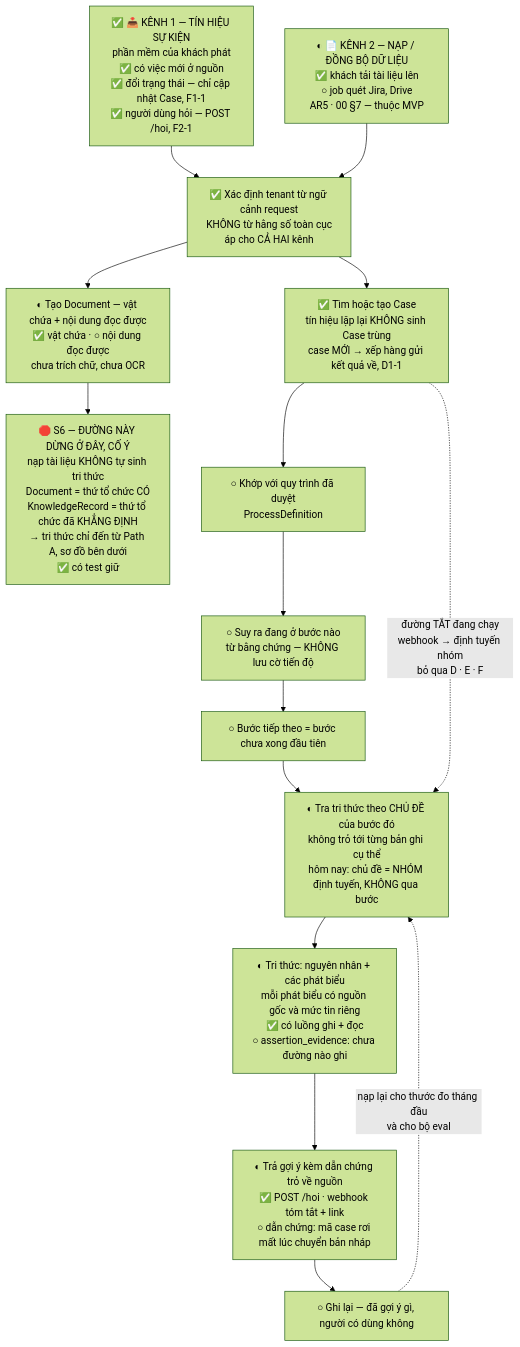
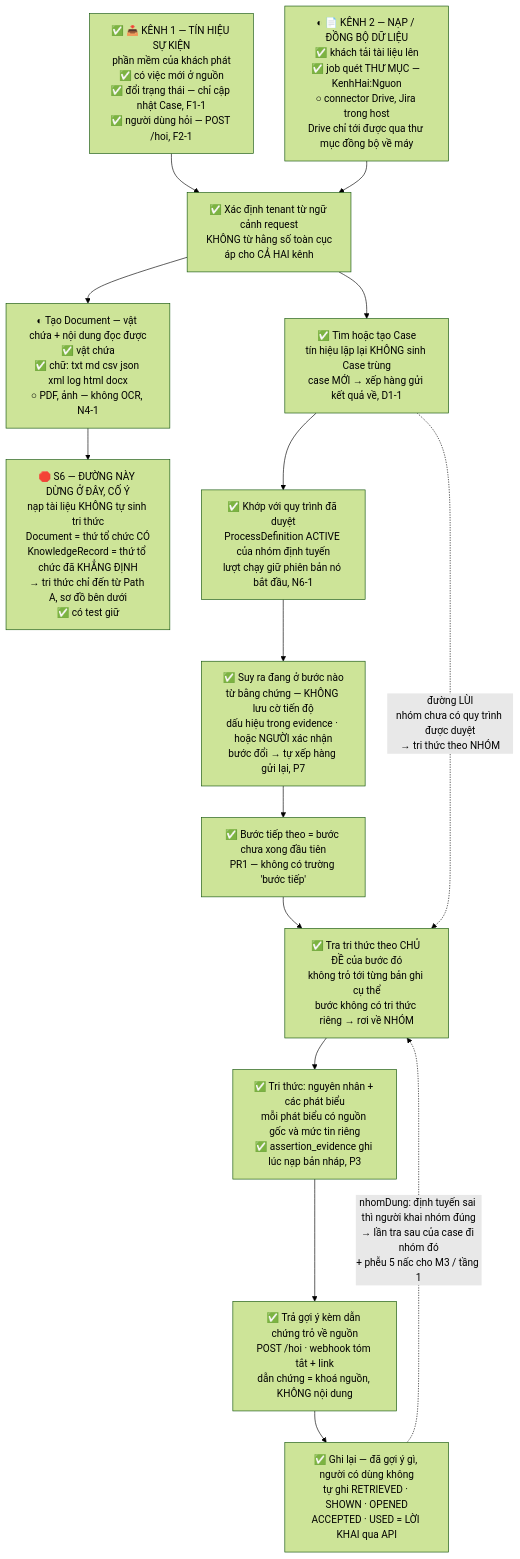
The first of 5 diagrams in README.md (pvanh2706/ai-operational-platform), drawn with Mermaid (forest theme) before and after one commit. The commit also changed other lines of this file and 7 other files, not shown here.

First line of the commit message:
P10: tài liệu khớp code — sơ đồ luồng D→J thành ✅, docs/08 vẽ lại, hợp đồng tích hợp thêm ô mới

````diff
--- a/README.md
+++ b/README.md
@@ -300,23 +321,23 @@
 ```mermaid
 flowchart TD
     A["✅ 📥 KÊNH 1 — TÍN HIỆU SỰ KIỆN<br/>phần mềm của khách phát<br/>✅ có việc mới ở nguồn<br/>✅ đổi trạng thái — chỉ cập nhật Case, F1-1<br/>✅ người dùng hỏi — POST /hoi, F2-1"]
-    A2["◐ 📄 KÊNH 2 — NẠP / ĐỒNG BỘ DỮ LIỆU<br/>✅ khách tải tài liệu lên<br/>○ job quét Jira, Drive<br/>AR5 · 00 §7 — thuộc MVP"]
+    A2["◐ 📄 KÊNH 2 — NẠP / ĐỒNG BỘ DỮ LIỆU<br/>✅ khách tải tài liệu lên<br/>✅ job quét THƯ MỤC — KenhHai:Nguon<br/>○ connector Drive, Jira trong host<br/>Drive chỉ tới được qua thư mục đồng bộ về máy"]
     B["✅ Xác định tenant từ ngữ cảnh request<br/>KHÔNG từ hằng số toàn cục<br/>áp cho CẢ HAI kênh"]
-    K["◐ Tạo Document — vật chứa + nội dung đọc được<br/>✅ vật chứa · ○ nội dung đọc được<br/>chưa trích chữ, chưa OCR"]
+    K["◐ Tạo Document — vật chứa + nội dung đọc được<br/>✅ vật chứa<br/>✅ chữ: txt md csv json xml log html docx<br/>○ PDF, ảnh — không OCR, N4-1"]
     S6["🛑 S6 — ĐƯỜNG NÀY DỪNG Ở ĐÂY, CỐ Ý<br/>nạp tài liệu KHÔNG tự sinh tri thức<br/>Document = thứ tổ chức CÓ<br/>KnowledgeRecord = thứ tổ chức đã KHẲNG ĐỊNH<br/>→ tri thức chỉ đến từ Path A, sơ đồ bên dưới<br/>✅ có test giữ"]
     C["✅ Tìm hoặc tạo Case<br/>tín hiệu lặp lại KHÔNG sinh Case trùng<br/>case MỚI → xếp hàng gửi kết quả về, D1-1"]
-    D["○ Khớp với quy trình đã duyệt<br/>ProcessDefinition"]
-    E["○ Suy ra đang ở bước nào<br/>từ bằng chứng — KHÔNG lưu cờ tiến độ"]
-    F["○ Bước tiếp theo = bước chưa xong đầu tiên"]
-    G["◐ Tra tri thức theo CHỦ ĐỀ của bước đó<br/>không trỏ tới từng bản ghi cụ thể<br/>hôm nay: chủ đề = NHÓM định tuyến, KHÔNG qua bước"]
-    H["◐ Tri thức: nguyên nhân + các phát biểu<br/>mỗi phát biểu có nguồn gốc và mức tin riêng<br/>✅ có luồng ghi + đọc<br/>○ assertion_evidence: chưa đường nào ghi"]
-    I["◐ Trả gợi ý kèm dẫn chứng trỏ về nguồn<br/>✅ POST /hoi · webhook tóm tắt + link<br/>○ dẫn chứng: mã case rơi mất lúc chuyển bản nháp"]
-    J["○ Ghi lại — đã gợi ý gì, người có dùng không"]
+    D["✅ Khớp với quy trình đã duyệt<br/>ProcessDefinition ACTIVE của nhóm định tuyến<br/>lượt chạy giữ phiên bản nó bắt đầu, N6-1"]
+    E["✅ Suy ra đang ở bước nào<br/>từ bằng chứng — KHÔNG lưu cờ tiến độ<br/>dấu hiệu trong evidence · hoặc NGƯỜI xác nhận<br/>bước đổi → tự xếp hàng gửi lại, P7"]
+    F["✅ Bước tiếp theo = bước chưa xong đầu tiên<br/>PR1 — không có trường 'bước tiếp'"]
+    G["✅ Tra tri thức theo CHỦ ĐỀ của bước đó<br/>không trỏ tới từng bản ghi cụ thể<br/>bước không có tri thức riêng → rơi về NHÓM"]
+    H["✅ Tri thức: nguyên nhân + các phát biểu<br/>mỗi phát biểu có nguồn gốc và mức tin riêng<br/>✅ assertion_evidence ghi lúc nạp bản nháp, P3"]
+    I["✅ Trả gợi ý kèm dẫn chứng trỏ về nguồn<br/>POST /hoi · webhook tóm tắt + link<br/>dẫn chứng = khoá nguồn, KHÔNG nội dung"]
+    J["✅ Ghi lại — đã gợi ý gì, người có dùng không<br/>tự ghi RETRIEVED · SHOWN · OPENED<br/>ACCEPTED · USED = LỜI KHAI qua API"]
 
     A --> B
     A2 --> B
     B --> C --> D --> E --> F --> G --> H --> I --> J
     B --> K --> S6
-    C -.->|"đường TẮT đang chạy<br/>webhook → định tuyến nhóm<br/>bỏ qua D · E · F"| G
-    J -.->|"nạp lại cho thước đo tháng đầu<br/>và cho bộ eval"| G
+    C -.->|"đường LÙI<br/>nhóm chưa có quy trình được duyệt<br/>→ tri thức theo NHÓM"| G
+    J -.->|"nhomDung: định tuyến sai thì người khai nhóm đúng<br/>→ lần tra sau của case đi nhóm đó<br/>+ phễu 5 nấc cho M3 / tầng 1"| G
 ```
````
